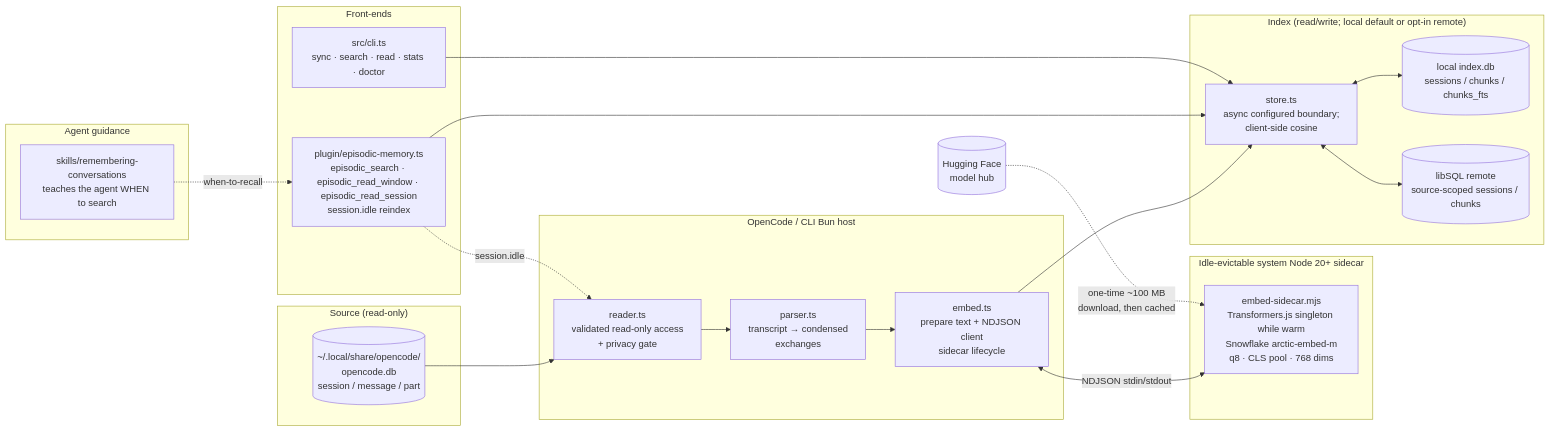
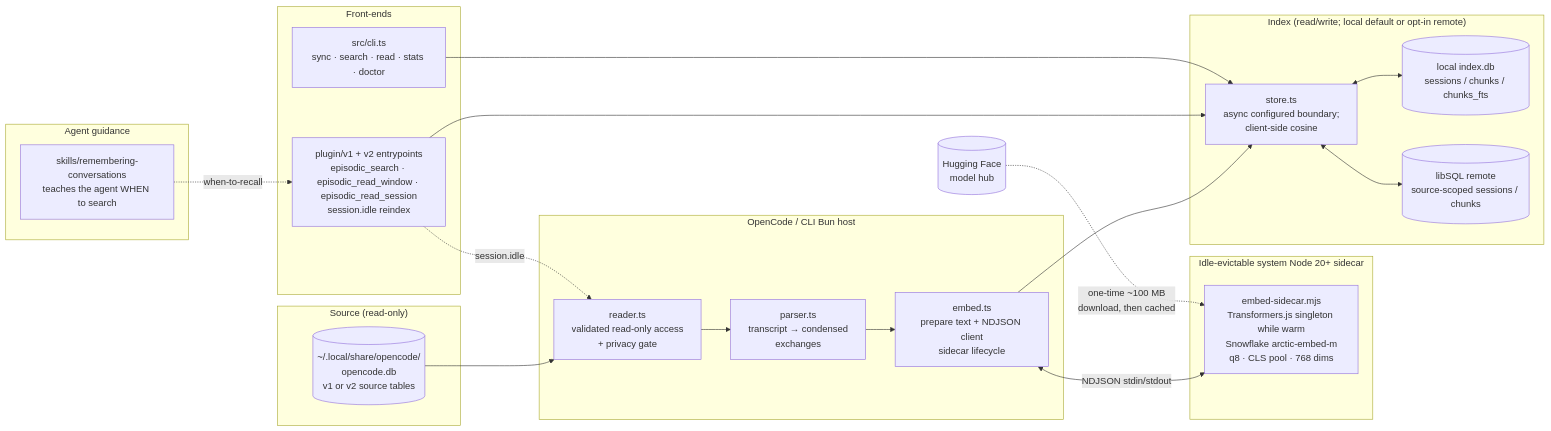
The first of 3 diagrams in ARCHITECTURE.md (robertn702/opencode-episodic-memory), drawn with Mermaid before and after one commit. The commit also changed other lines of this file and 18 other files, not shown here.

````diff
--- a/ARCHITECTURE.md
+++ b/ARCHITECTURE.md
@@ -19,43 +19,43 @@
 ```mermaid
 flowchart LR
     subgraph Source["Source (read-only)"]
-        OCDB[("~/.local/share/opencode/<br/>opencode.db<br/>session / message / part")]
+        OCDB[("~/.local/share/opencode/<br/>opencode.db<br/>v1 or v2 source tables")]
     end
 
     subgraph BunHost["OpenCode / CLI Bun host"]
         R[reader.ts<br/>validated read-only access<br/>+ privacy gate]
         P[parser.ts<br/>transcript → condensed<br/>exchanges]
         E[embed.ts<br/>prepare text + NDJSON client<br/>sidecar lifecycle]
     end
 
     subgraph NodeSidecar["Idle-evictable system Node 20+ sidecar"]
         ES[embed-sidecar.mjs<br/>Transformers.js singleton while warm<br/>Snowflake arctic-embed-m<br/>q8 · CLS pool · 768 dims]
     end
 
     subgraph Index["Index (read/write; local default or opt-in remote)"]
         IDB[("local index.db<br/>sessions / chunks / chunks_fts")]
         RDB[("libSQL remote<br/>source-scoped sessions / chunks")]
         S[store.ts<br/>async configured boundary;<br/>client-side cosine]
     end
 
     subgraph Frontends["Front-ends"]
-        PLG[plugin/episodic-memory.ts<br/>episodic_search · episodic_read_window · episodic_read_session<br/>session.idle reindex]
+        PLG[plugin/v1 + v2 entrypoints<br/>episodic_search · episodic_read_window · episodic_read_session<br/>session.idle reindex]
         CLI[src/cli.ts<br/>sync · search · read · stats · doctor]
     end
 
     subgraph Skill["Agent guidance"]
         SK[skills/remembering-conversations<br/>teaches the agent WHEN to search]
     end
 
     OCDB --> R --> P --> E
     E <-->|NDJSON stdin/stdout| ES
     E --> S
     S <--> IDB
     S <--> RDB
     PLG --> S
     CLI --> S
     PLG -.->|session.idle| R
     SK -.when-to-recall.-> PLG
 
     HF[(Hugging Face<br/>model hub)] -.one-time ~100 MB<br/>download, then cached.-> ES
 ```
````
